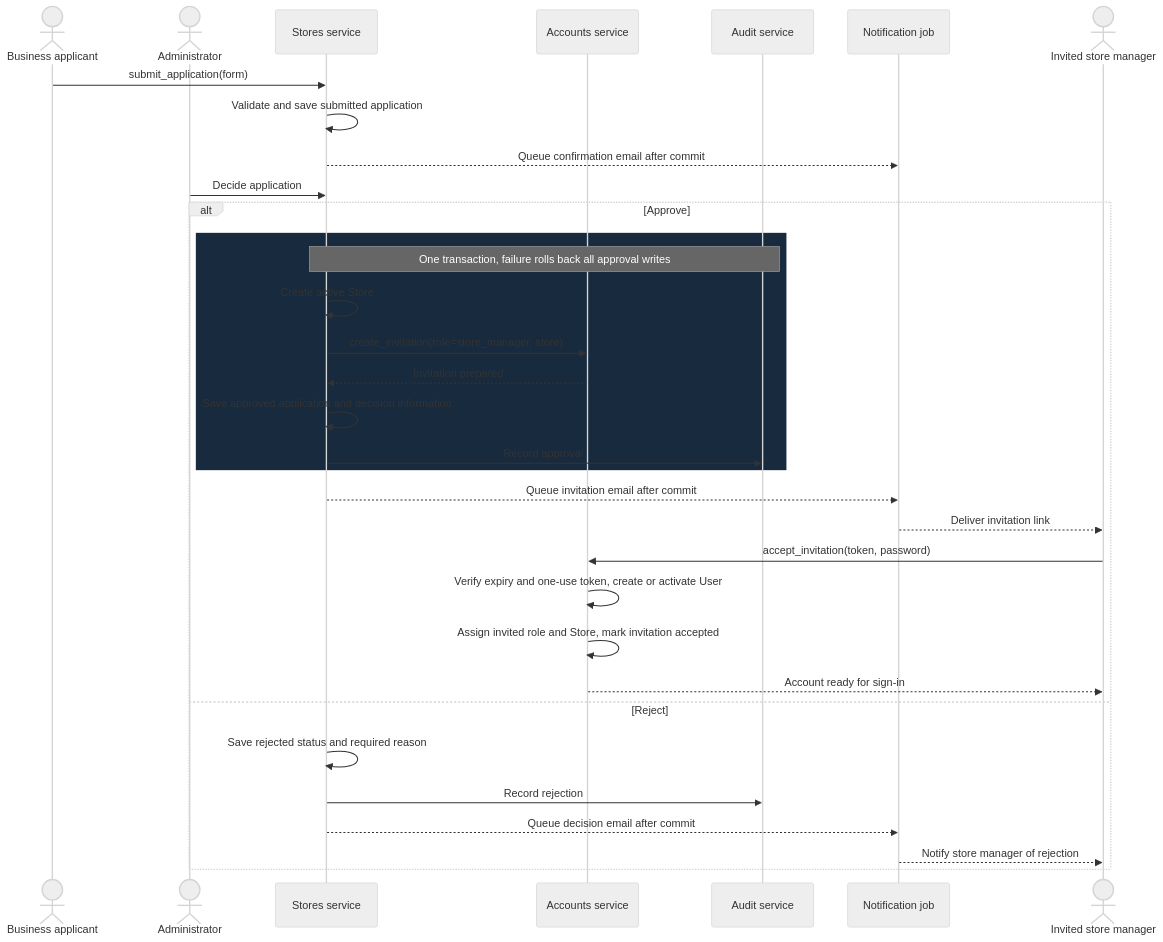
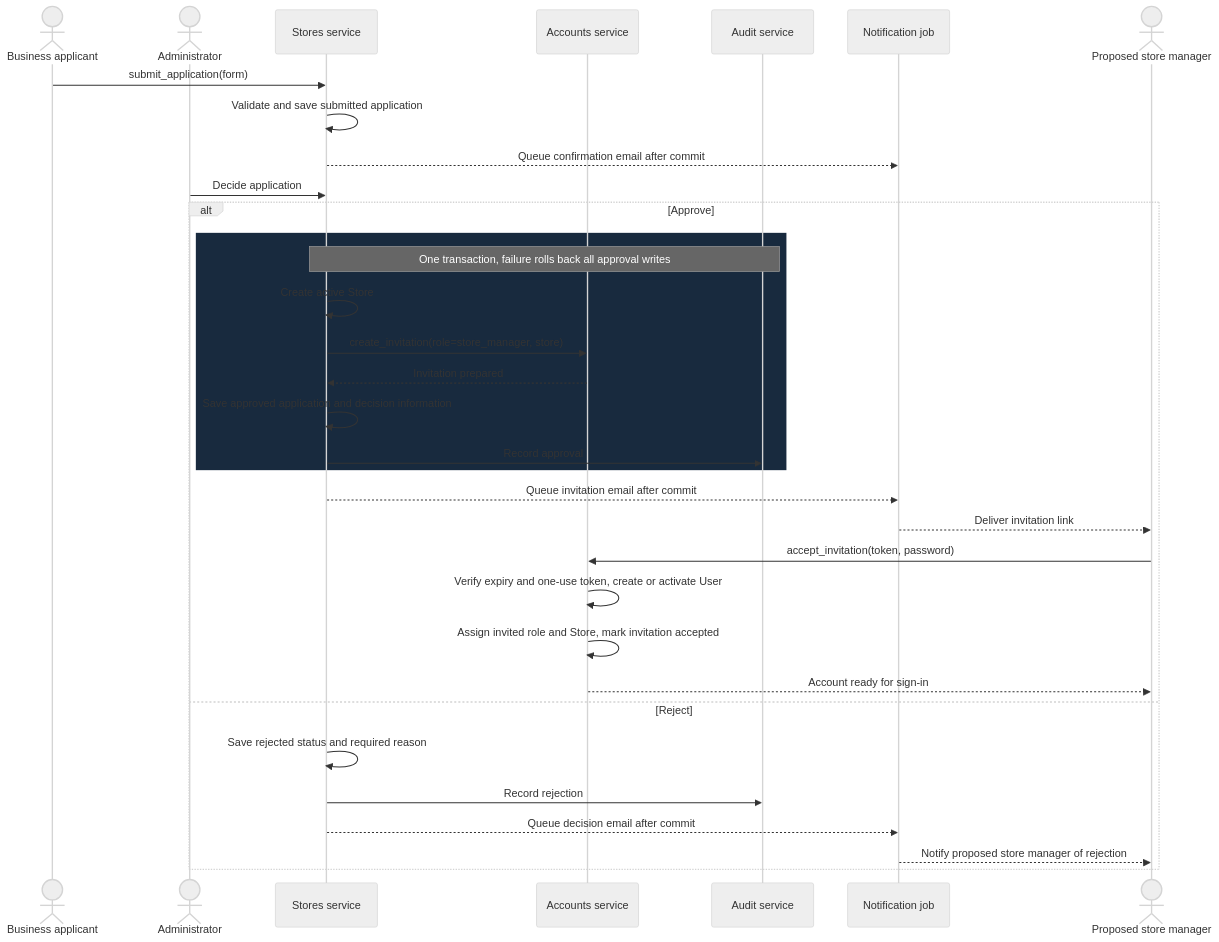
The seventh of 10 diagrams in docs/04-architecture/architecture.md (B-A-D-R-SL/iris), drawn with Mermaid (neutral theme) before and after one commit. The commit also changed other lines of this file and 1 other file, not shown here.

````diff
--- a/docs/04-architecture/architecture.md
+++ b/docs/04-architecture/architecture.md
@@ -404,40 +407,40 @@
 ```mermaid
 sequenceDiagram
     actor B as Business applicant
     actor AD as Administrator
     participant S as Stores service
     participant AC as Accounts service
     participant A as Audit service
     participant N as Notification job
-    actor M as Invited store manager
+    actor M as Proposed store manager
 
     B->>S: submit_application(form)
     S->>S: Validate and save submitted application
     S-->>N: Queue confirmation email after commit
 
     AD->>S: Decide application
 
     alt Approve
         rect rgb(24, 42, 62)
             Note over S,A: One transaction, failure rolls back all approval writes
             S->>S: Create active Store
             S->>AC: create_invitation(role=store_manager, store)
             AC-->>S: Invitation prepared
             S->>S: Save approved application and decision information
             S->>A: Record approval
         end
 
         S-->>N: Queue invitation email after commit
         N-->>M: Deliver invitation link
 
         M->>AC: accept_invitation(token, password)
         AC->>AC: Verify expiry and one-use token, create or activate User
         AC->>AC: Assign invited role and Store, mark invitation accepted
         AC-->>M: Account ready for sign-in
     else Reject
         S->>S: Save rejected status and required reason
         S->>A: Record rejection
         S-->>N: Queue decision email after commit
-        N-->>M: Notify store manager of rejection 
+        N-->>M: Notify proposed store manager of rejection 
     end
 ```
````
